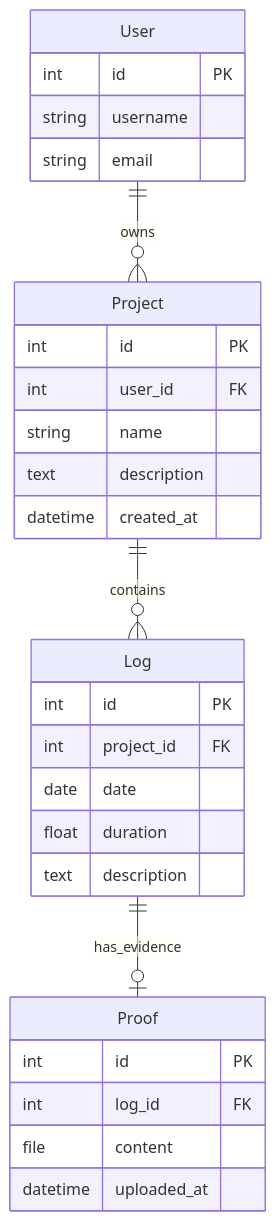
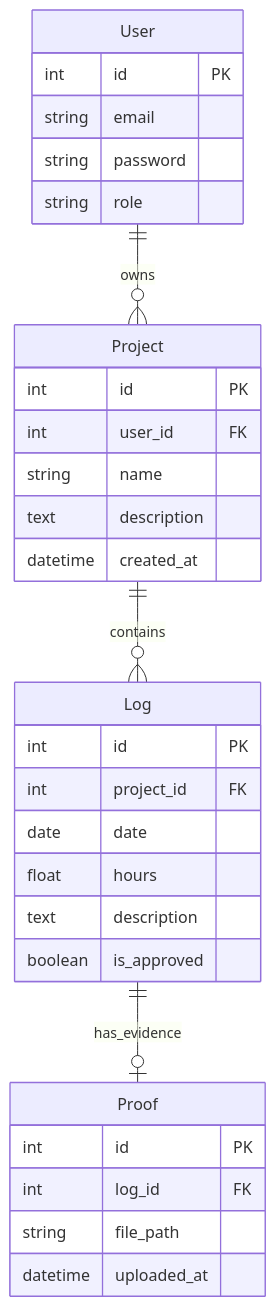
One commit to Aaryan658/proof-log changed the diagram in ER_Diagram.md. Above: the diagram before and after it, drawn with Mermaid. The commit also changed other lines of this file, not shown here.

Commit message:
Update ER Diagram to match new Proof table and schema changes

````diff
--- a/ER_Diagram.md
+++ b/ER_Diagram.md
@@ -56,35 +56,37 @@
 ```mermaid
 erDiagram
     User ||--o{ Project : owns
     Project ||--o{ Log : contains
     Log ||--o| Proof : has_evidence
 
     User {
         int id PK
-        string username
         string email
+        string password
+        string role
     }
 
     Project {
         int id PK
         int user_id FK
         string name
         text description
         datetime created_at
     }
 
     Log {
         int id PK
         int project_id FK
         date date
-        float duration
+        float hours
         text description
+        boolean is_approved
     }
 
     Proof {
         int id PK
         int log_id FK
-        file content
+        string file_path
         datetime uploaded_at
     }
 ```
````
